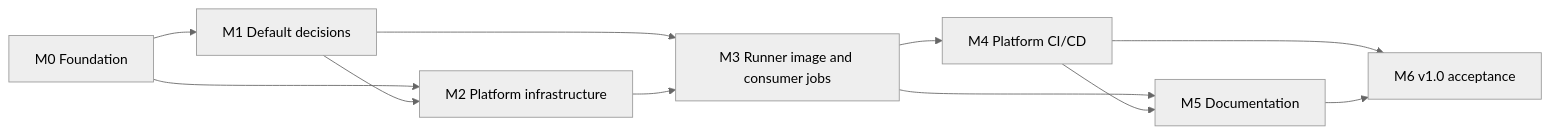
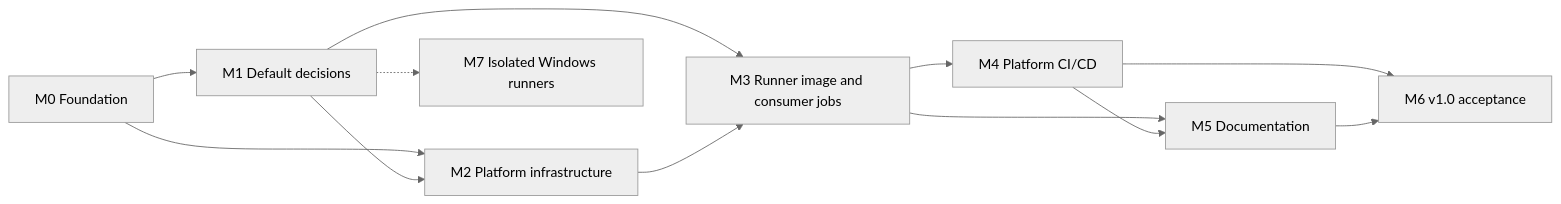
One commit to jonathan-vella/azure-gh-runners changed the diagram in docs/roadmap.md. Above: the diagram before and after it, drawn with Mermaid (neutral theme). The commit also changed other lines of this file and 9 other files, not shown here.

First line of the commit message:
docs: add isolated Windows VMSS backend alongside ACA (#100)

````diff
--- a/docs/roadmap.md
+++ b/docs/roadmap.md
@@ -6,13 +6,14 @@
 ```mermaid
 graph LR
   M0[M0 Foundation] --> M1[M1 Default decisions]
   M0 --> M2[M2 Platform infrastructure]
   M1 --> M2
   M1 --> M3[M3 Runner image and consumer jobs]
   M2 --> M3
   M3 --> M4[M4 Platform CI/CD]
   M3 --> M5[M5 Documentation]
   M4 --> M5
   M4 --> M6[M6 v1.0 acceptance]
   M5 --> M6
+  M1 -.-> M7[M7 Isolated Windows runners]
 ```
````
